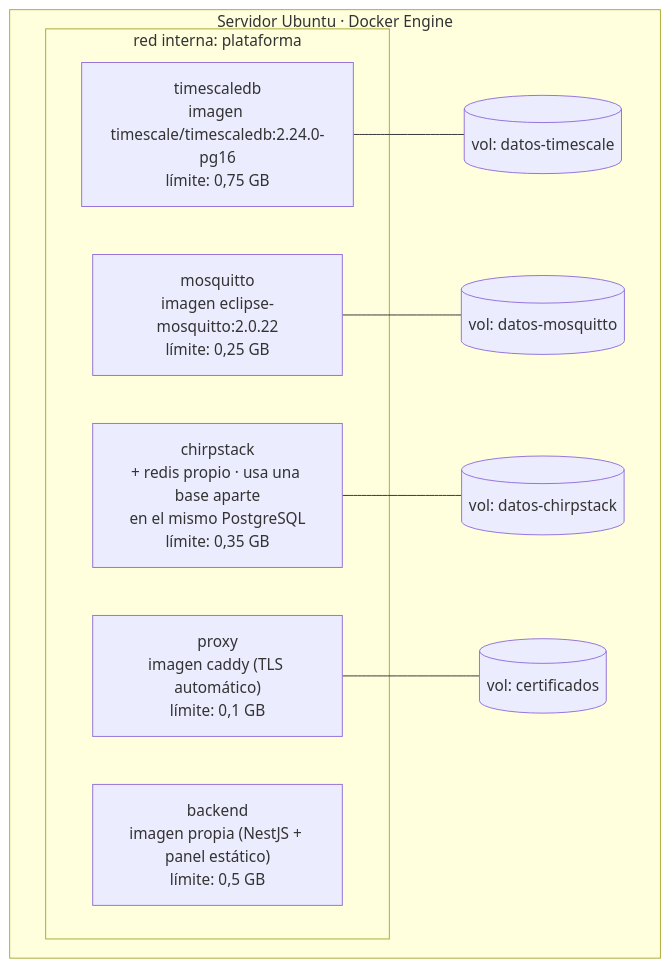
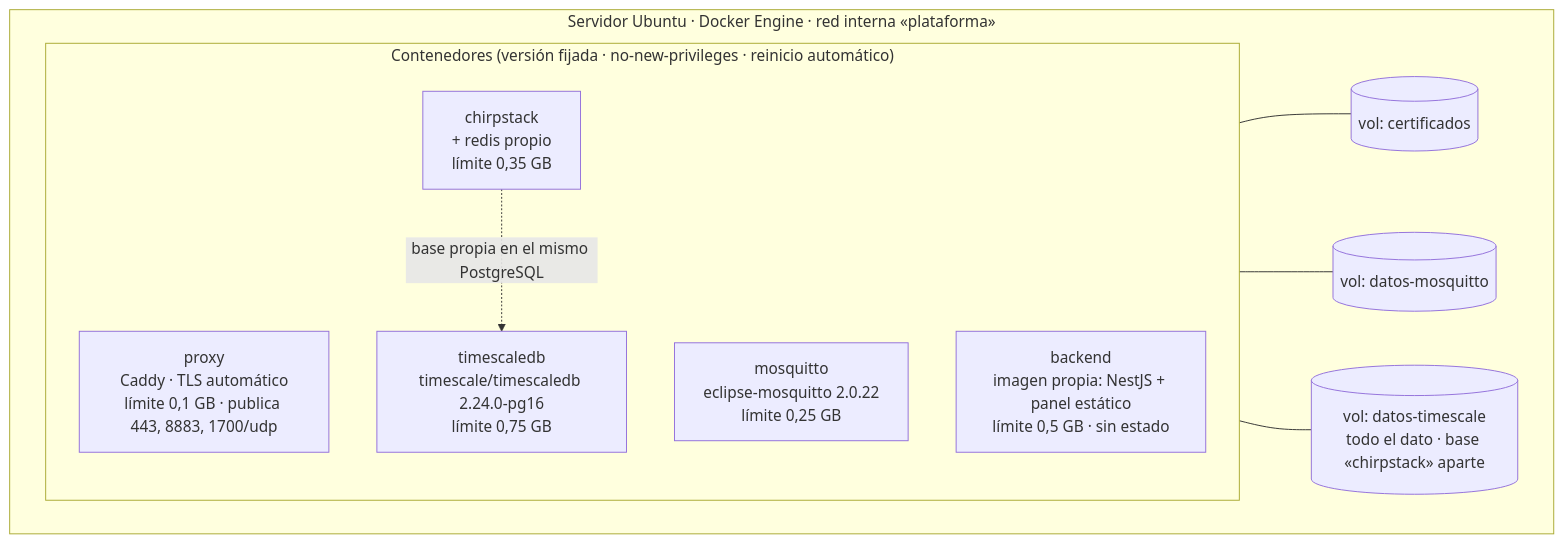
The sixth of 6 diagrams in docs/10-arquitectura.md (vicenterami/tesis), drawn with Mermaid before and after one commit. The commit also changed other lines of this file and 35 other files, not shown here.

````diff
--- a/docs/10-arquitectura.md
+++ b/docs/10-arquitectura.md
@@ -236,20 +238,21 @@
 ```mermaid
 flowchart TB
-    subgraph HOST["Servidor Ubuntu · Docker Engine"]
-        subgraph NET["red interna: plataforma"]
-            C1["mosquitto\nimagen eclipse-mosquitto:2.0.22\nlímite: 0,25 GB"]
-            C2["chirpstack\n+ redis propio · usa una base aparte\nen el mismo PostgreSQL\nlímite: 0,35 GB"]
-            C3["timescaledb\nimagen timescale/timescaledb:2.24.0-pg16\nlímite: 0,75 GB"]
-            C4["backend\nimagen propia (NestJS + panel estático)\nlímite: 0,5 GB"]
-            C5["proxy\nimagen caddy (TLS automático)\nlímite: 0,1 GB"]
+    subgraph HOST["Servidor Ubuntu · Docker Engine · red interna «plataforma»"]
+        direction LR
+        subgraph SVC["Contenedores (versión fijada · no-new-privileges · reinicio automático)"]
+            direction TB
+            C5["proxy<br/>Caddy · TLS automático<br/>límite 0,1 GB · publica 443, 8883, 1700/udp"]
+            C1["mosquitto<br/>eclipse-mosquitto 2.0.22<br/>límite 0,25 GB"]
+            C2["chirpstack<br/>+ redis propio<br/>límite 0,35 GB"]
+            C4["backend<br/>imagen propia: NestJS + panel estático<br/>límite 0,5 GB · sin estado"]
+            C3["timescaledb<br/>timescale/timescaledb 2.24.0-pg16<br/>límite 0,75 GB"]
         end
-        V1[("vol: datos-timescale")]
+        V4[("vol: certificados")]
         V2[("vol: datos-mosquitto")]
-        V3[("vol: datos-chirpstack")]
-        V4[("vol: certificados")]
+        V1[("vol: datos-timescale<br/>todo el dato · base «chirpstack» aparte")]
     end
+    C5 --- V4
+    C1 --- V2
     C3 --- V1
-    C1 --- V2
-    C2 --- V3
-    C5 --- V4
+    C2 -. "base propia en el mismo PostgreSQL" .-> C3
 ```
````
